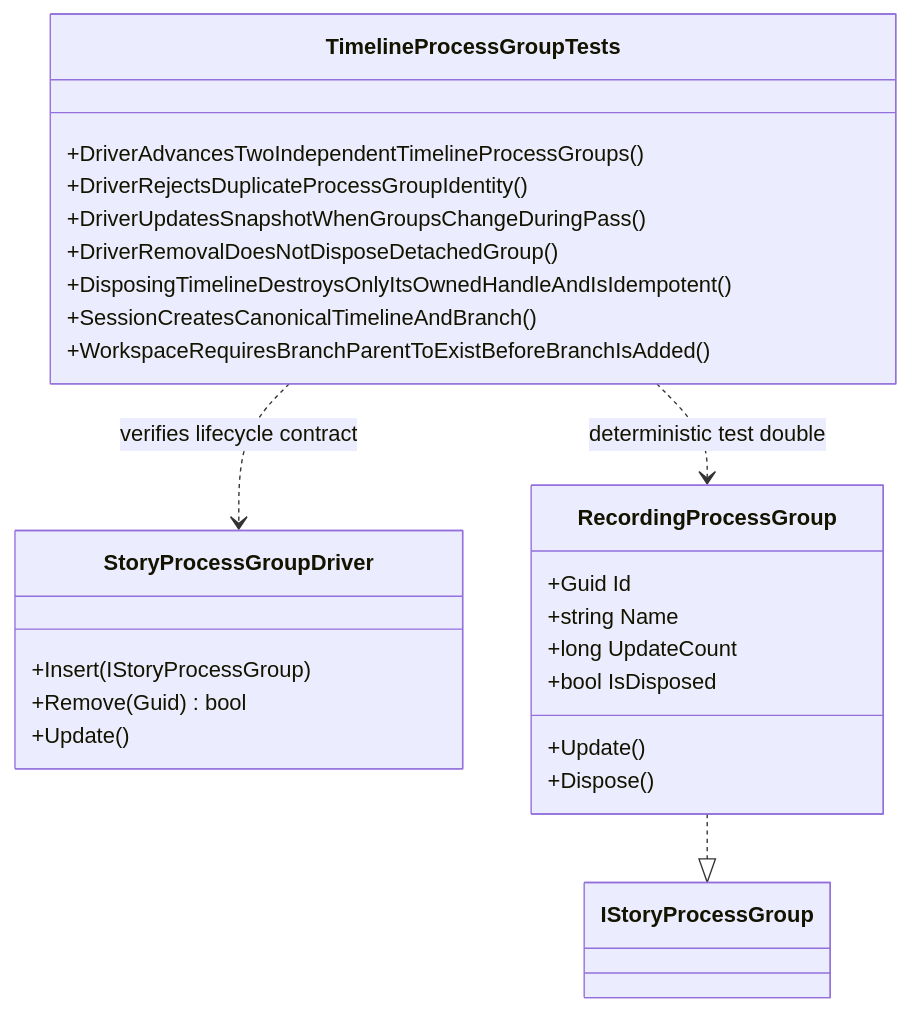
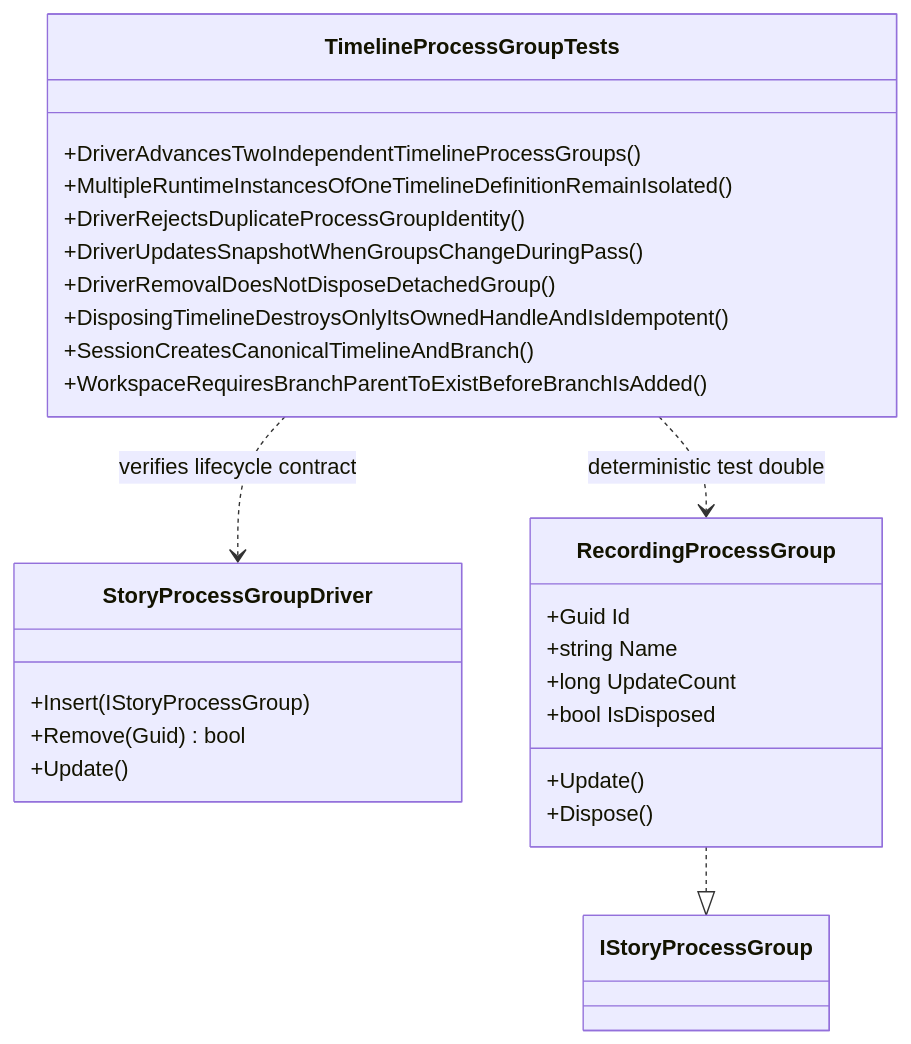
Before and after one commit to TrentBest/StoryBuilder: the diagram in docs/UML/TimelineProcessGroupTestsUML.md, drawn with Mermaid. The commit also changed other lines of this file, not shown here.

Commit message:
docs: document runtime isolation regression

````diff
--- a/docs/UML/TimelineProcessGroupTestsUML.md
+++ b/docs/UML/TimelineProcessGroupTestsUML.md
@@ -3,29 +3,30 @@
 ```mermaid
 classDiagram
     direction TB
     class TimelineProcessGroupTests {
         +DriverAdvancesTwoIndependentTimelineProcessGroups()
+        +MultipleRuntimeInstancesOfOneTimelineDefinitionRemainIsolated()
         +DriverRejectsDuplicateProcessGroupIdentity()
         +DriverUpdatesSnapshotWhenGroupsChangeDuringPass()
         +DriverRemovalDoesNotDisposeDetachedGroup()
         +DisposingTimelineDestroysOnlyItsOwnedHandleAndIsIdempotent()
         +SessionCreatesCanonicalTimelineAndBranch()
         +WorkspaceRequiresBranchParentToExistBeforeBranchIsAdded()
     }
     class StoryProcessGroupDriver {
         +Insert(IStoryProcessGroup)
         +Remove(Guid) bool
         +Update()
     }
     class RecordingProcessGroup {
         +Guid Id
         +string Name
         +long UpdateCount
         +bool IsDisposed
         +Update()
         +Dispose()
     }
     TimelineProcessGroupTests ..> StoryProcessGroupDriver : verifies lifecycle contract
     TimelineProcessGroupTests ..> RecordingProcessGroup : deterministic test double
     RecordingProcessGroup ..|> IStoryProcessGroup
 ```
````
